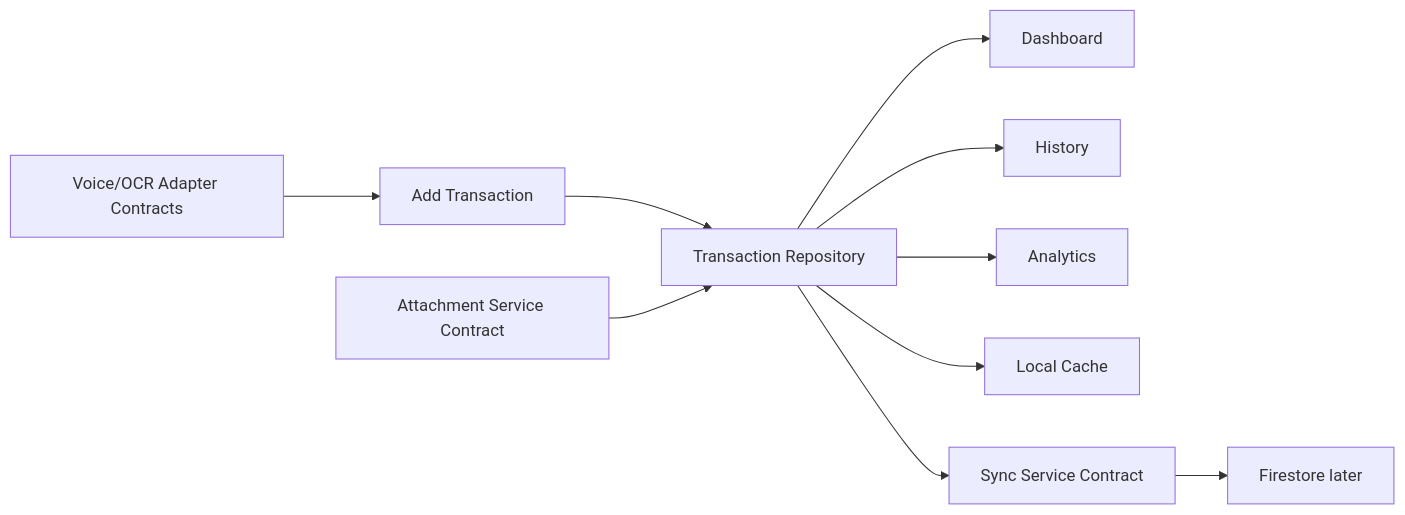
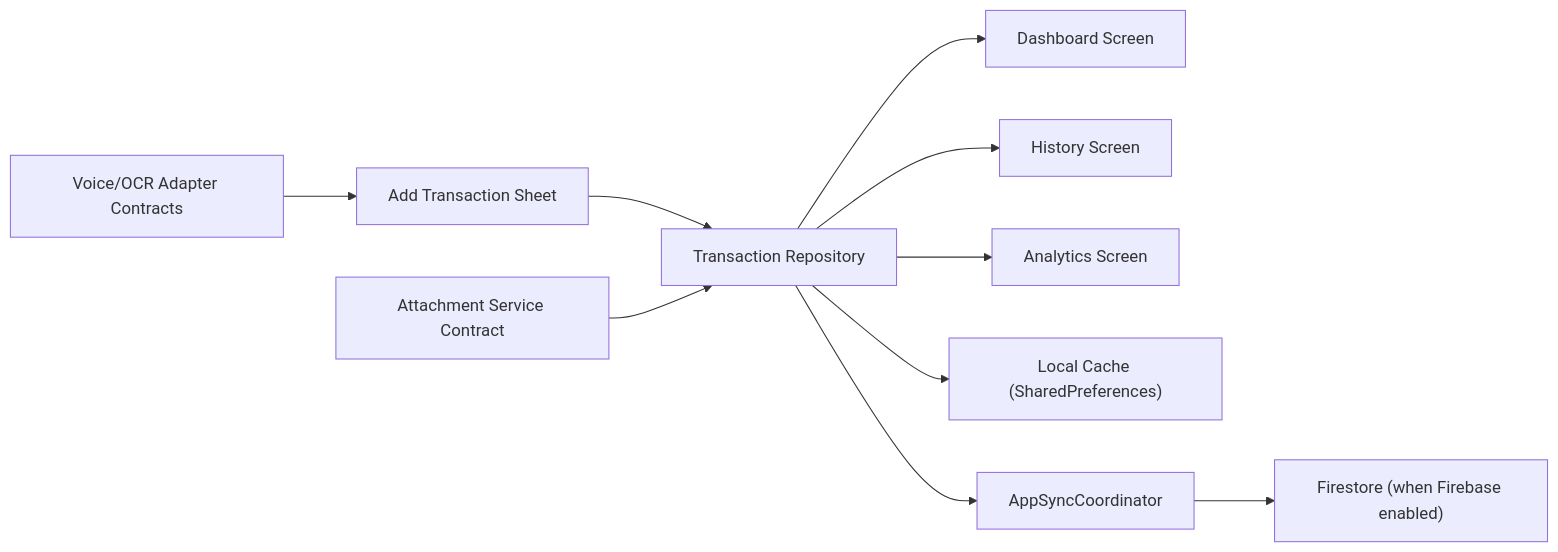
The diagram in Memory_Expense_Snap/02_Architecture/Data Flow.md (IamAhmadHabib/Expense-Snap), drawn with Mermaid before and after one commit. The commit also changed other lines of this file and 45 other files, not shown here.

````diff
--- a/Memory_Expense_Snap/02_Architecture/Data Flow.md
+++ b/Memory_Expense_Snap/02_Architecture/Data Flow.md
@@ -13,12 +13,12 @@
 ```mermaid
 flowchart LR
-  A["Add Transaction"] --> B["Transaction Repository"]
-  B --> C["Dashboard"]
-  B --> D["History"]
-  B --> E["Analytics"]
-  B --> F["Local Cache"]
-  B --> G["Sync Service Contract"]
-  G --> H["Firestore later"]
+  A["Add Transaction Sheet"] --> B["Transaction Repository"]
+  B --> C["Dashboard Screen"]
+  B --> D["History Screen"]
+  B --> E["Analytics Screen"]
+  B --> F["Local Cache (SharedPreferences)"]
+  B --> G["AppSyncCoordinator"]
+  G --> H["Firestore (when Firebase enabled)"]
   I["Voice/OCR Adapter Contracts"] --> A
   J["Attachment Service Contract"] --> B
 ```
````
